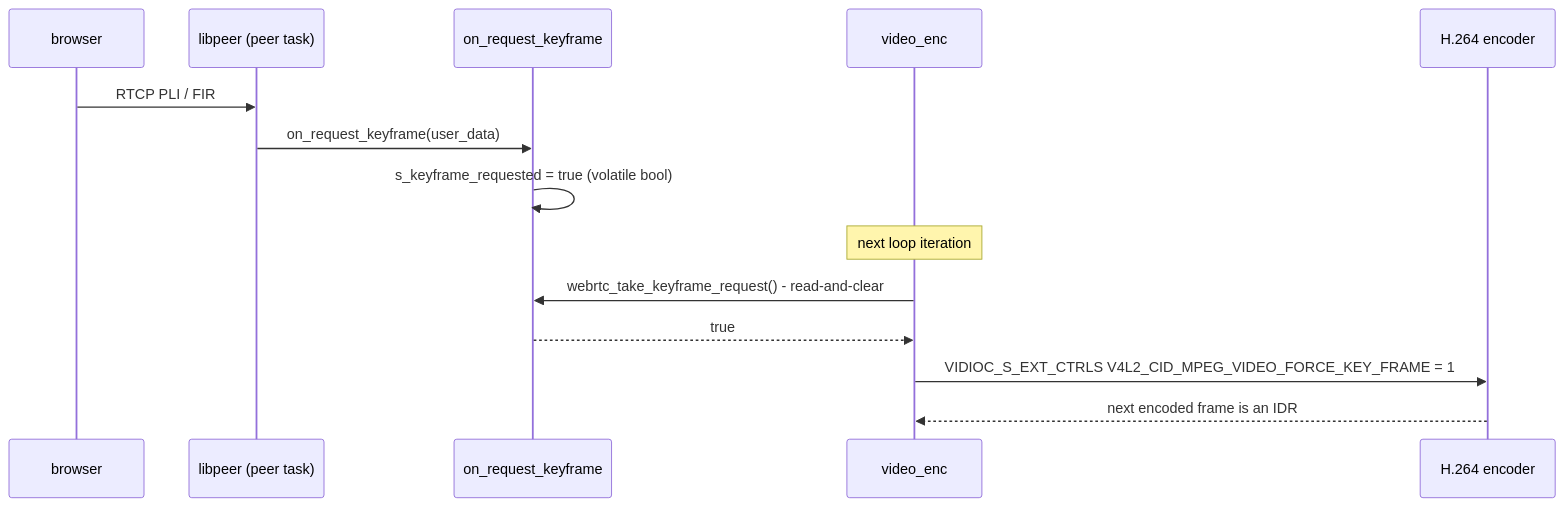
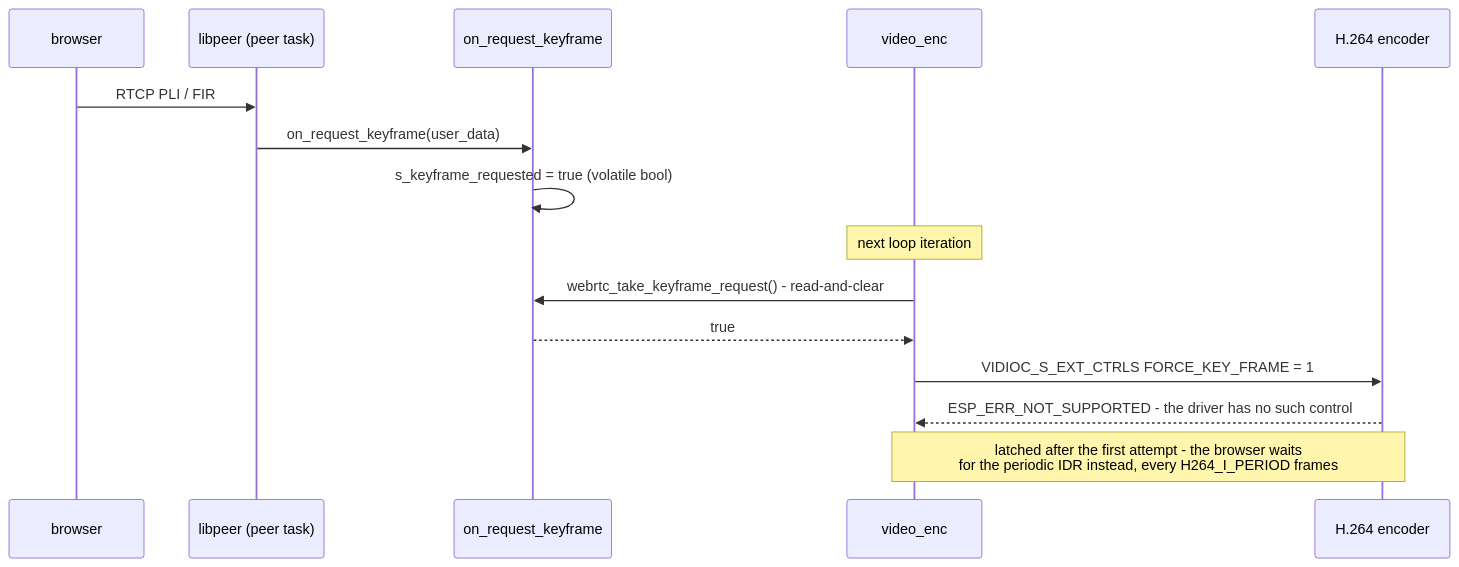
One commit to thanhbinh89/esp32-ipc changed the seventh of 7 diagrams in DATAFLOW.md. Above: the diagram before and after it, drawn with Mermaid. The commit also changed other lines of this file and 4 other files, not shown here.

Commit message:
Refactor architecture and data flow documentation; update configuration for capture buffers and video encoding parameters

````diff
--- a/DATAFLOW.md
+++ b/DATAFLOW.md
@@ -487,17 +498,18 @@
 ```mermaid
 sequenceDiagram
     participant BR as browser
     participant LP as libpeer (peer task)
     participant CB as on_request_keyframe
     participant VE as video_enc
     participant HW as H.264 encoder
 
     BR->>LP: RTCP PLI / FIR
     LP->>CB: on_request_keyframe(user_data)
     CB->>CB: s_keyframe_requested = true (volatile bool)
     Note over VE: next loop iteration
     VE->>CB: webrtc_take_keyframe_request() - read-and-clear
     CB-->>VE: true
-    VE->>HW: VIDIOC_S_EXT_CTRLS V4L2_CID_MPEG_VIDEO_FORCE_KEY_FRAME = 1
-    HW-->>VE: next encoded frame is an IDR
+    VE->>HW: VIDIOC_S_EXT_CTRLS FORCE_KEY_FRAME = 1
+    HW-->>VE: ESP_ERR_NOT_SUPPORTED - the driver has no such control
+    Note over VE,HW: latched after the first attempt - the browser waits<br/>for the periodic IDR instead, every H264_I_PERIOD frames
 ```
````
